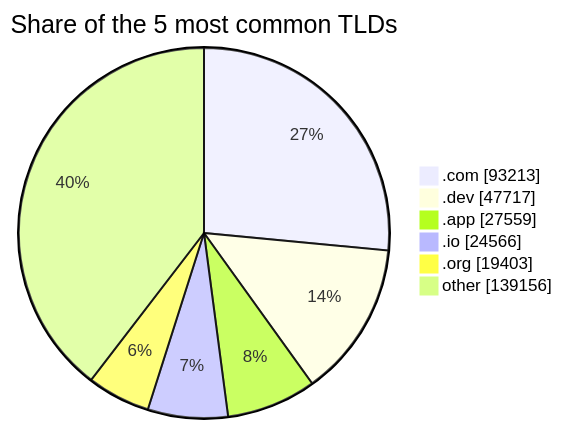
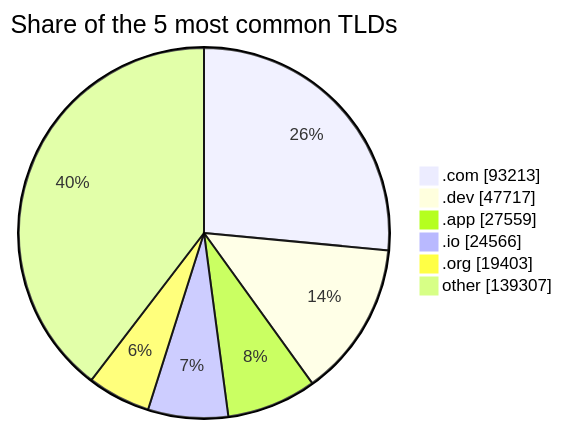
Before and after one commit to DNSBunker/CTI: the third of 3 diagrams in README.md, drawn with Mermaid. The commit also changed other lines of this file and 3 other files, not shown here.

````diff
--- a/README.md
+++ b/README.md
@@ -81,9 +81,9 @@
 ```mermaid
 pie showData title Share of the 5 most common TLDs
     ".com" : 93213
     ".dev" : 47717
     ".app" : 27559
     ".io" : 24566
     ".org" : 19403
-    "other" : 139156
+    "other" : 139307
 ```
````
